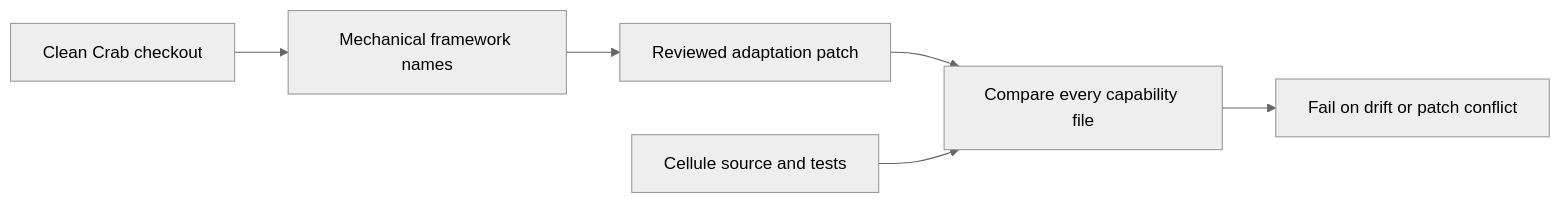
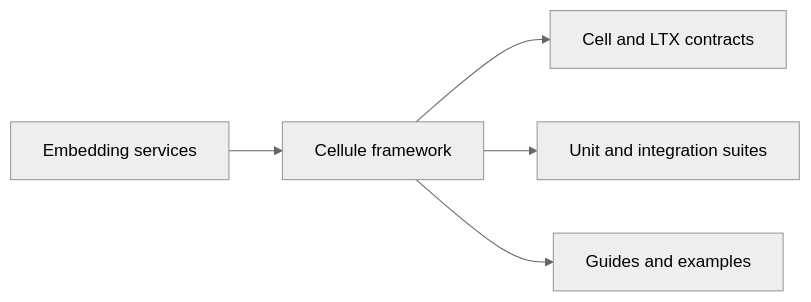
One commit to andypeng2015/cellule changed the diagram in docs/synthesis.md. Above: the diagram before and after it, drawn with Mermaid (neutral theme). The commit also changed other lines of this file and 181 other files, not shown here.

Commit message:
refactor: make Cellule the authoritative Cell framework

````diff
--- a/docs/synthesis.md
+++ b/docs/synthesis.md
@@ -91,8 +91,7 @@
 ```mermaid
 flowchart LR
-    Crab[Clean Crab checkout] --> Rename[Mechanical framework names]
-    Rename --> Adapt[Reviewed adaptation patch]
-    Adapt --> Compare[Compare every capability file]
-    Cellule[Cellule source and tests] --> Compare
-    Compare --> Gate[Fail on drift or patch conflict]
+    Cellule[Cellule framework] --> API[Cell and LTX contracts]
+    Cellule --> Tests[Unit and integration suites]
+    Cellule --> Docs[Guides and examples]
+    Service[Embedding services] --> Cellule
 ```
````
